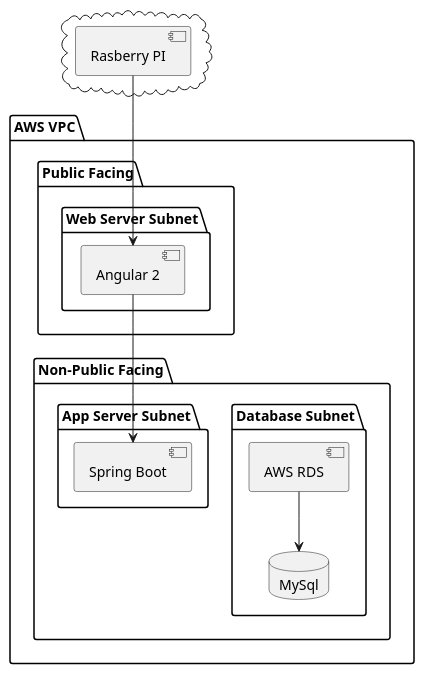
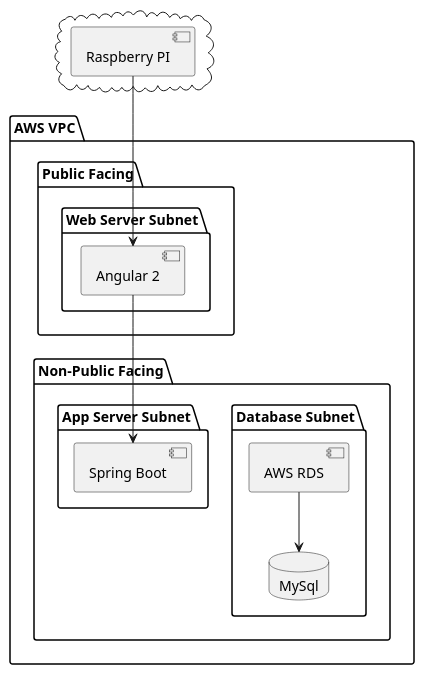
Before and after one commit to polinchw/monitorserver: the diagram in documentation/diagrams/vpc.puml, drawn with PlantUML. The commit also changed 1 other file, not shown here.

```diff
--- a/documentation/diagrams/vpc.puml
+++ b/documentation/diagrams/vpc.puml
@@ -1,31 +1,31 @@
 @startuml
 
 
 package "AWS VPC" {
   folder "Non-Public Facing" {
     folder "Database Subnet" {
         [AWS RDS]  --> MySql
     }
     folder "App Server Subnet" {
         [Spring Boot]
     }
   }
   folder "Public Facing" {
     folder "Web Server Subnet" {
        [Angular 2] --> [Spring Boot]
     }
   }
 }
 
 cloud {
-  [Rasberry PI]
+  [Raspberry PI]
 }
 
-[Rasberry PI] --> [Angular 2]
+[Raspberry PI] --> [Angular 2]
 
 database "MySql" {
 
 }
 
 
 @enduml
```
